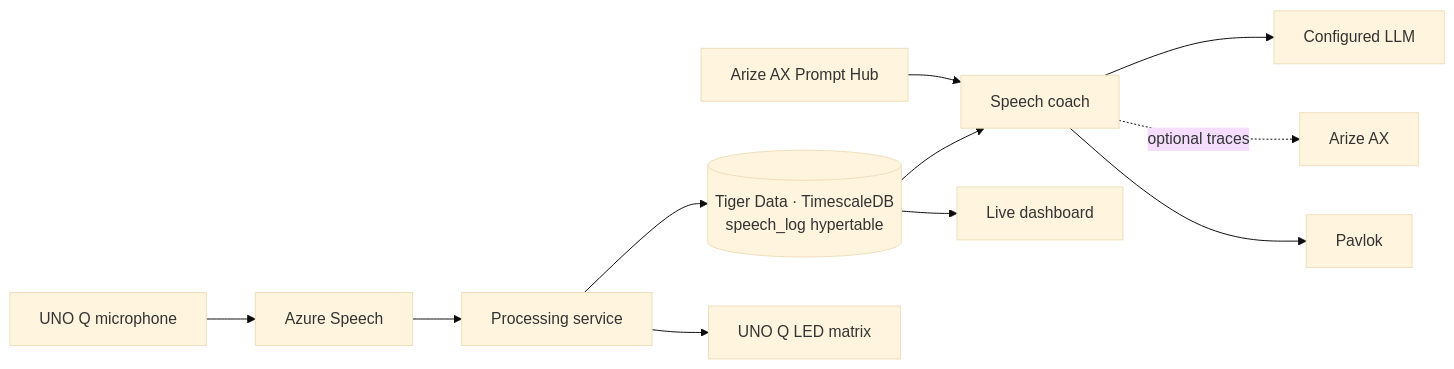
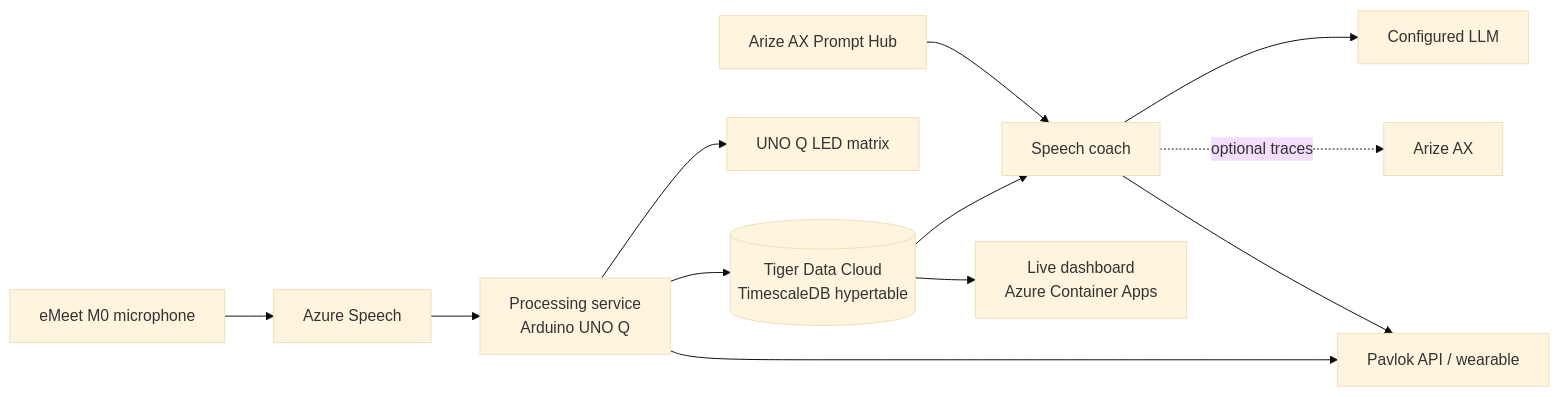
One commit to jimbobbennett/well-actually changed the diagram in README.md. Above: the diagram before and after it, drawn with Mermaid (base theme). The commit also changed other lines of this file, not shown here.

````diff
--- a/README.md
+++ b/README.md
@@ -15,13 +25,14 @@
 ```mermaid
 flowchart LR
-    Mic["UNO Q microphone"] --> Speech["Azure Speech"]
-    Speech --> Processor["Processing service"]
-    Processor --> DB[("Tiger Data · TimescaleDB<br/>speech_log hypertable")]
+    Mic["eMeet M0 microphone"] --> Speech["Azure Speech"]
+    Speech --> Processor["Processing service<br/>Arduino UNO Q"]
+    Processor --> DB[("Tiger Data Cloud<br/>TimescaleDB hypertable")]
+    Processor --> LED["UNO Q LED matrix"]
     DB --> Coach["Speech coach"]
     Prompts["Arize AX Prompt Hub"] --> Coach
     Coach --> LLM["Configured LLM"]
     Coach -. optional traces .-> AX["Arize AX"]
-    Coach --> Pavlok["Pavlok"]
-    DB --> Dashboard["Live dashboard"]
-    Processor --> LED["UNO Q LED matrix"]
+    Processor --> Pavlok["Pavlok API / wearable"]
+    Coach --> Pavlok
+    DB --> Dashboard["Live dashboard<br/>Azure Container Apps"]
 ```
````
